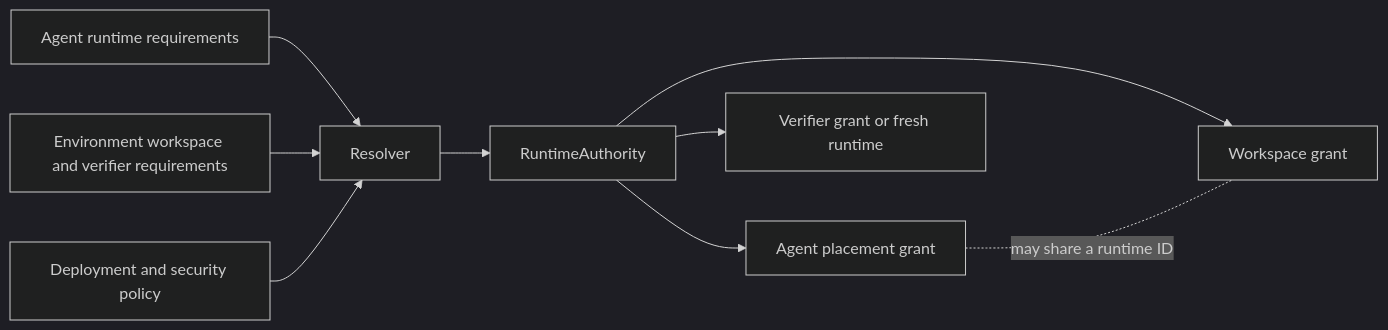
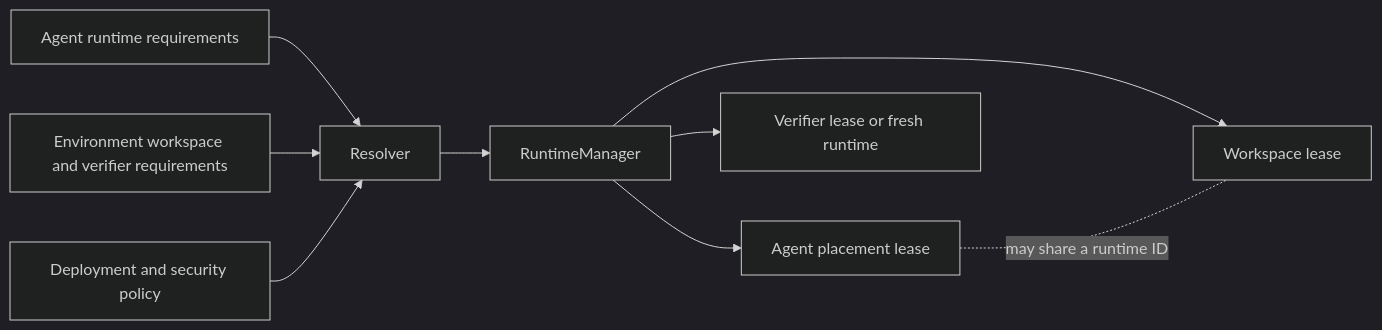
Before and after one commit to ananthsub/Gym: the second of 2 diagrams in investigations/episode-orchestration-design.md, drawn with Mermaid (dark theme). The commit also changed other lines of this file and 1 other file, not shown here.

````diff
--- a/investigations/episode-orchestration-design.md
+++ b/investigations/episode-orchestration-design.md
@@ -244,11 +316,11 @@
 ```mermaid
 flowchart LR
     AgentRequirements["Agent runtime requirements"] --> Resolver
     EnvironmentRequirements["Environment workspace and verifier requirements"] --> Resolver
     Policy["Deployment and security policy"] --> Resolver
-    Resolver --> Authority["RuntimeAuthority"]
-    Authority --> AgentPlacement["Agent placement grant"]
-    Authority --> Workspace["Workspace grant"]
-    Authority --> Verifier["Verifier grant or fresh runtime"]
+    Resolver --> Manager["RuntimeManager"]
+    Manager --> AgentPlacement["Agent placement lease"]
+    Manager --> Workspace["Workspace lease"]
+    Manager --> Verifier["Verifier lease or fresh runtime"]
     AgentPlacement -. may share a runtime ID .- Workspace
 ```
````
